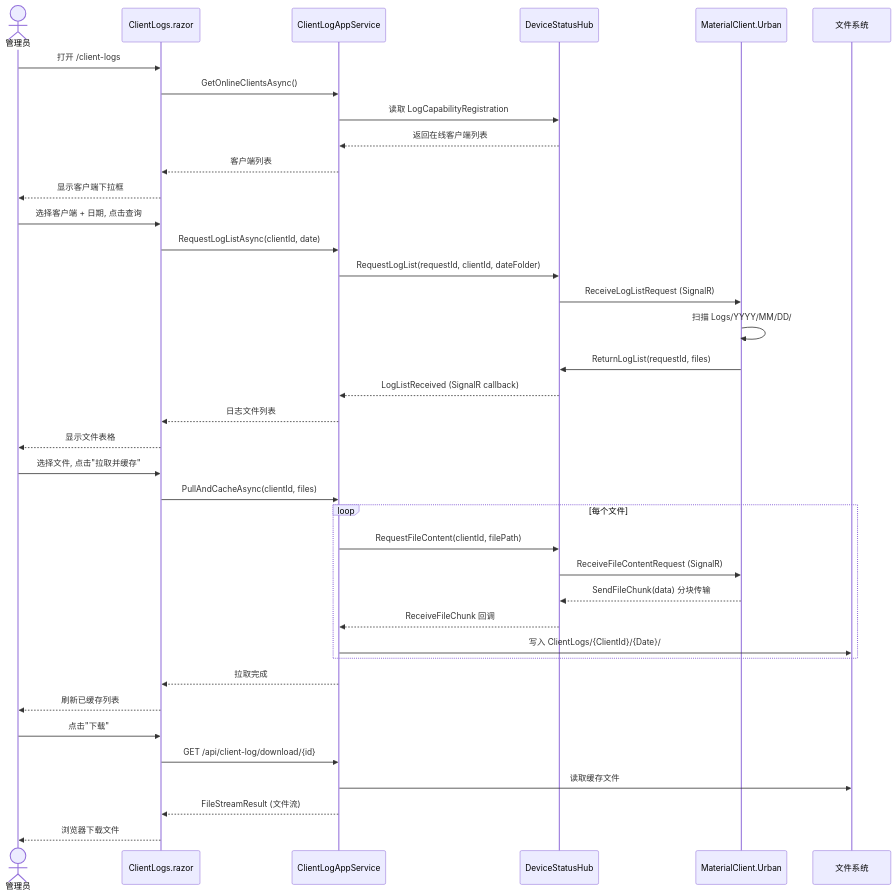
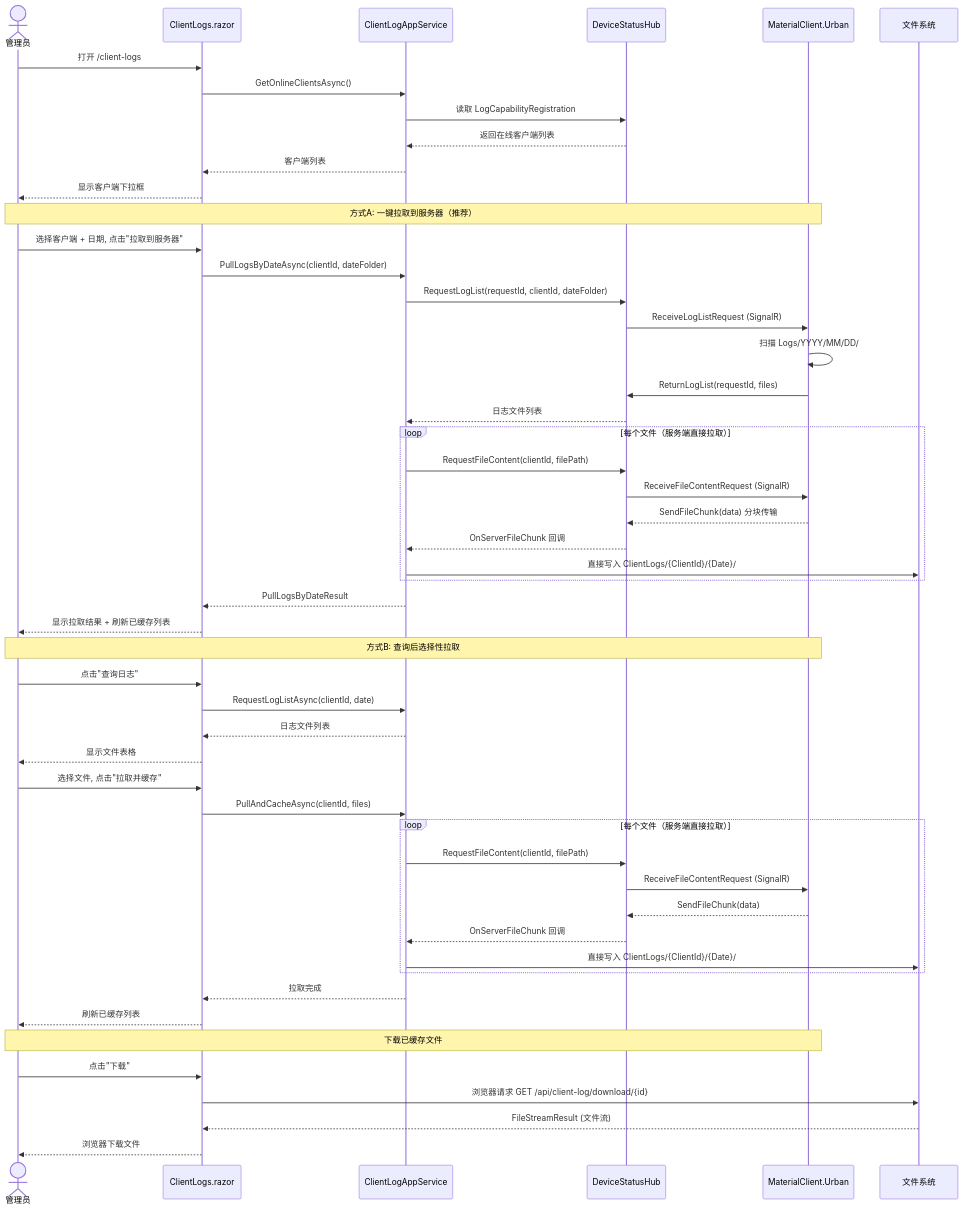
The diagram in openspec/changes/urbanmanagement-log-view-enhancement/proposal.md (feewillowherb/MaterialMonospec), drawn with Mermaid before and after one commit. The commit also changed other lines of this file and 4 other files, not shown here.

First line of the commit message:
docs(openspec): document server-side pull architecture refactor

````diff
--- a/openspec/changes/urbanmanagement-log-view-enhancement/proposal.md
+++ b/openspec/changes/urbanmanagement-log-view-enhancement/proposal.md
@@ -49,44 +51,60 @@
 ```mermaid
 sequenceDiagram
     actor Admin as 管理员
     participant UI as ClientLogs.razor
     participant API as ClientLogAppService
     participant Hub as DeviceStatusHub
     participant Client as MaterialClient.Urban
     participant FS as 文件系统
 
     Admin->>UI: 打开 /client-logs
     UI->>API: GetOnlineClientsAsync()
     API->>Hub: 读取 LogCapabilityRegistration
     Hub-->>API: 返回在线客户端列表
     API-->>UI: 客户端列表
     UI-->>Admin: 显示客户端下拉框
 
-    Admin->>UI: 选择客户端 + 日期, 点击查询
-    UI->>API: RequestLogListAsync(clientId, date)
+    Note over Admin,Client: 方式A: 一键拉取到服务器（推荐）
+
+    Admin->>UI: 选择客户端 + 日期, 点击"拉取到服务器"
+    UI->>API: PullLogsByDateAsync(clientId, dateFolder)
     API->>Hub: RequestLogList(requestId, clientId, dateFolder)
     Hub->>Client: ReceiveLogListRequest (SignalR)
     Client->>Client: 扫描 Logs/YYYY/MM/DD/
     Client->>Hub: ReturnLogList(requestId, files)
-    Hub-->>API: LogListReceived (SignalR callback)
-    API-->>UI: 日志文件列表
-    UI-->>Admin: 显示文件表格
-
-    Admin->>UI: 选择文件, 点击"拉取并缓存"
-    UI->>API: PullAndCacheAsync(clientId, files)
-    loop 每个文件
+    Hub-->>API: 日志文件列表
+    loop 每个文件（服务端直接拉取）
         API->>Hub: RequestFileContent(clientId, filePath)
         Hub->>Client: ReceiveFileContentRequest (SignalR)
         Client-->>Hub: SendFileChunk(data) 分块传输
-        Hub-->>API: ReceiveFileChunk 回调
-        API->>FS: 写入 ClientLogs/{ClientId}/{Date}/
+        Hub-->>API: OnServerFileChunk 回调
+        API->>FS: 直接写入 ClientLogs/{ClientId}/{Date}/
+    end
+    API-->>UI: PullLogsByDateResult
+    UI-->>Admin: 显示拉取结果 + 刷新已缓存列表
+
+    Note over Admin,Client: 方式B: 查询后选择性拉取
+
+    Admin->>UI: 点击"查询日志"
+    UI->>API: RequestLogListAsync(clientId, date)
+    API-->>UI: 日志文件列表
+    UI-->>Admin: 显示文件表格
+    Admin->>UI: 选择文件, 点击"拉取并缓存"
+    UI->>API: PullAndCacheAsync(clientId, files)
+    loop 每个文件（服务端直接拉取）
+        API->>Hub: RequestFileContent(clientId, filePath)
+        Hub->>Client: ReceiveFileContentRequest (SignalR)
+        Client-->>Hub: SendFileChunk(data)
+        Hub-->>API: OnServerFileChunk 回调
+        API->>FS: 直接写入 ClientLogs/{ClientId}/{Date}/
     end
     API-->>UI: 拉取完成
     UI-->>Admin: 刷新已缓存列表
 
+    Note over Admin,Client: 下载已缓存文件
+
     Admin->>UI: 点击"下载"
-    UI->>API: GET /api/client-log/download/{id}
-    API->>FS: 读取缓存文件
-    API-->>UI: FileStreamResult (文件流)
+    UI->>FS: 浏览器请求 GET /api/client-log/download/{id}
+    FS-->>UI: FileStreamResult (文件流)
     UI-->>Admin: 浏览器下载文件
 ```
````
